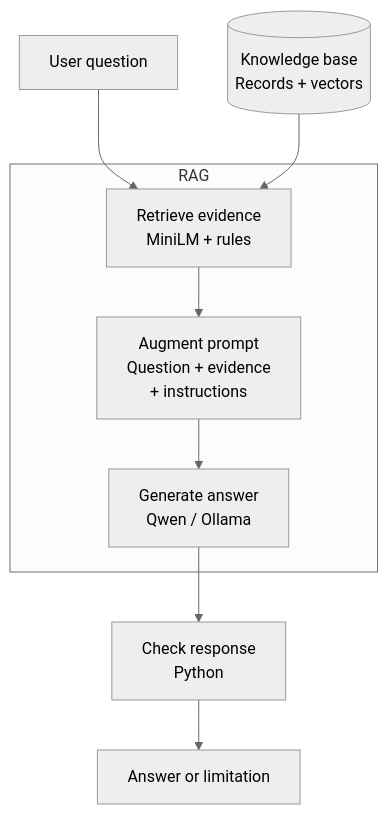
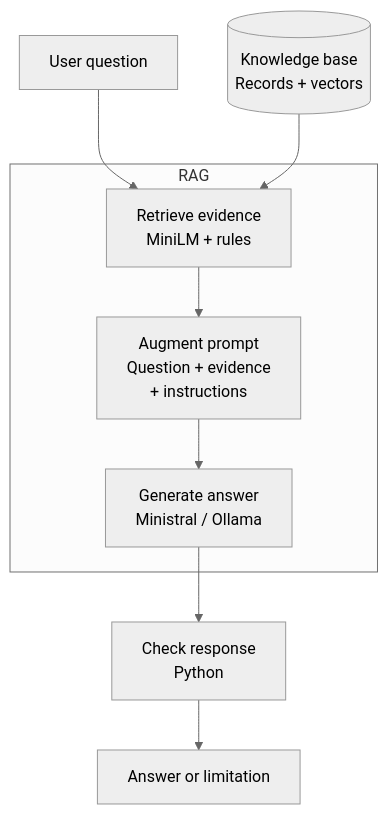
The first of 6 diagrams in docs/ai-pipeline.md (Kongstad/planetary-scanner), drawn with Mermaid (neutral theme) before and after one commit. The commit also changed other lines of this file and 5 other files, not shown here.

Commit message:
Replace Qwen with Ministral 3 for local answers

````diff
--- a/docs/ai-pipeline.md
+++ b/docs/ai-pipeline.md
@@ -22,15 +22,15 @@
 ```mermaid
 flowchart TD
     Question[User question] --> Retrieval
     Knowledge[(Knowledge base<br/>Records + vectors)] --> Retrieval
 
     subgraph RAG[RAG]
         Retrieval[Retrieve evidence<br/>MiniLM + rules]
         Augmentation[Augment prompt<br/>Question + evidence<br/>+ instructions]
-        Generation[Generate answer<br/>Qwen / Ollama]
+        Generation[Generate answer<br/>Ministral / Ollama]
         Retrieval --> Augmentation --> Generation
     end
 
     Generation --> Validation[Check response<br/>Python]
     Validation --> Response[Answer or limitation]
 ```
````
